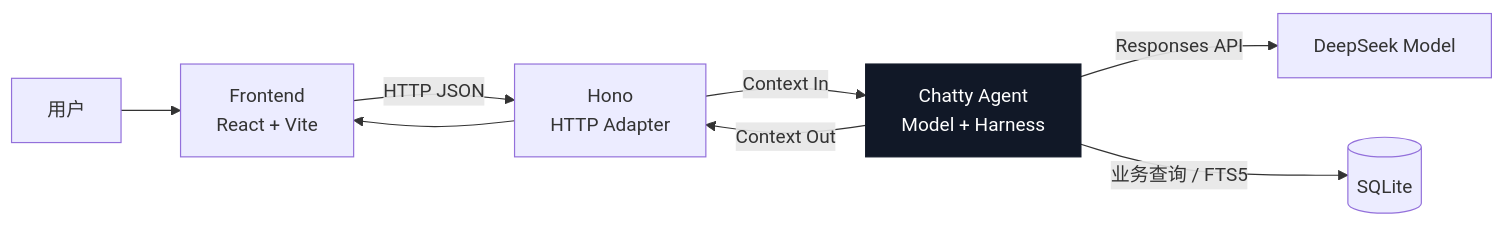
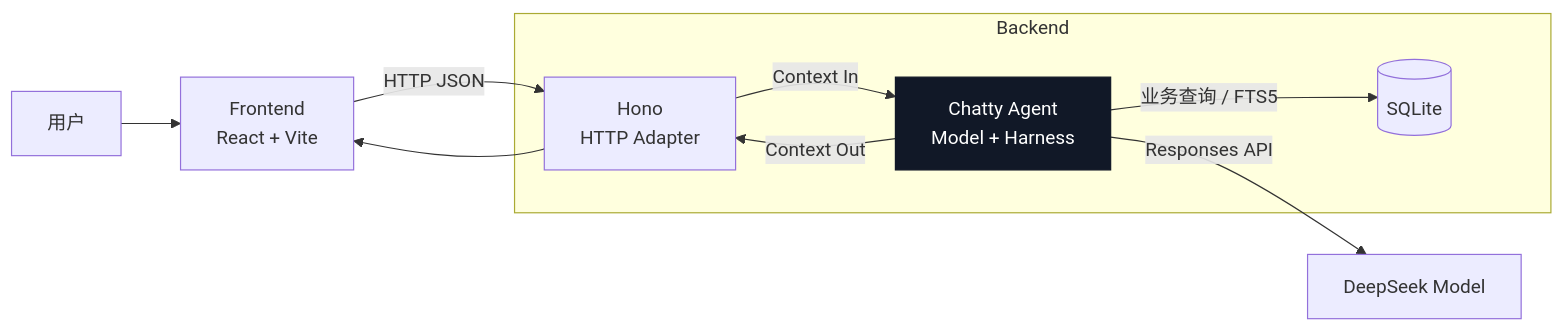
Before and after one commit to ImWenyaoT/chatty: the first of 4 diagrams in README.md, drawn with Mermaid. The commit also changed other lines of this file and 6 other files, not shown here.

First line of the commit message:
[chatty] Clarify frontend and backend documentation boundary (#66)

````diff
--- a/README.md
+++ b/README.md
@@ -59,13 +59,15 @@
 ```mermaid
 flowchart LR
     User["用户"] --> Frontend["Frontend<br/>React + Vite"]
-    Frontend -->|"HTTP JSON"| API["Hono<br/>HTTP Adapter"]
-    API -->|"Context In"| Agent["Chatty Agent<br/>Model + Harness"]
+    Frontend -->|"HTTP JSON"| API
+    subgraph Backend["Backend"]
+        API["Hono<br/>HTTP Adapter"] -->|"Context In"| Agent["Chatty Agent<br/>Model + Harness"]
+        Agent -->|"业务查询 / FTS5"| SQLite[("SQLite")]
+        Agent -->|"Context Out"| API
+    end
     Agent -->|"Responses API"| DeepSeek["DeepSeek Model"]
-    Agent -->|"业务查询 / FTS5"| SQLite[("SQLite")]
-    Agent -->|"Context Out"| API
     API --> Frontend
 
     classDef agent fill:#111827,color:#fff,stroke:#111827;
     class Agent agent;
 ```
````
